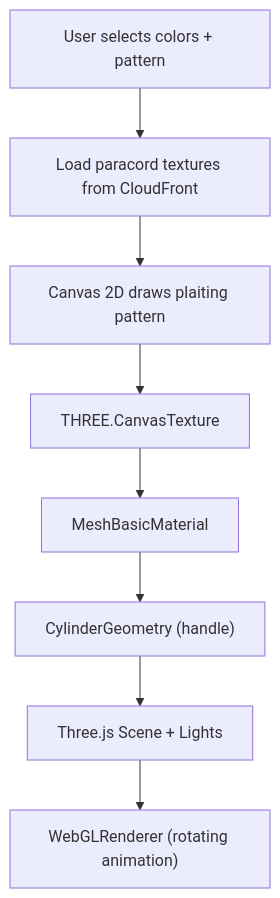
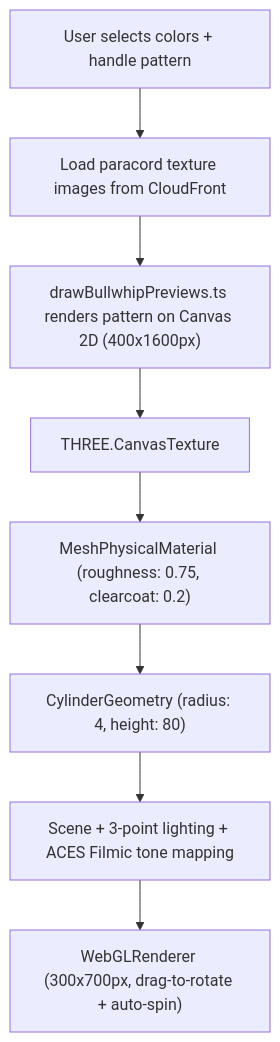
The fourth of 7 diagrams in architecture.md (atfieldson/whipworks.com), drawn with Mermaid before and after one commit. The commit also changed other lines of this file and 3 other files, not shown here.

First line of the commit message:
docs: replace architecture.md with comprehensive reference, clean up docs

````diff
--- a/architecture.md
+++ b/architecture.md
@@ -105,10 +197,11 @@
 ```mermaid
 flowchart TD
-    COLORS["User selects colors + pattern"] --> LOAD["Load paracord textures from CloudFront"]
-    LOAD --> CANVAS["Canvas 2D draws plaiting pattern"]
+    SELECT["User selects colors + handle pattern"]
+    SELECT --> LOAD["Load paracord texture images from CloudFront"]
+    LOAD --> CANVAS["drawBullwhipPreviews.ts renders pattern on Canvas 2D (400x1600px)"]
     CANVAS --> TEXTURE["THREE.CanvasTexture"]
-    TEXTURE --> MATERIAL["MeshBasicMaterial"]
-    MATERIAL --> CYLINDER["CylinderGeometry (handle)"]
-    CYLINDER --> SCENE["Three.js Scene + Lights"]
-    SCENE --> RENDER["WebGLRenderer (rotating animation)"]
+    TEXTURE --> MATERIAL["MeshPhysicalMaterial (roughness: 0.75, clearcoat: 0.2)"]
+    MATERIAL --> CYLINDER["CylinderGeometry (radius: 4, height: 80)"]
+    CYLINDER --> SCENE["Scene + 3-point lighting + ACES Filmic tone mapping"]
+    SCENE --> RENDER["WebGLRenderer (300x700px, drag-to-rotate + auto-spin)"]
 ```
````
